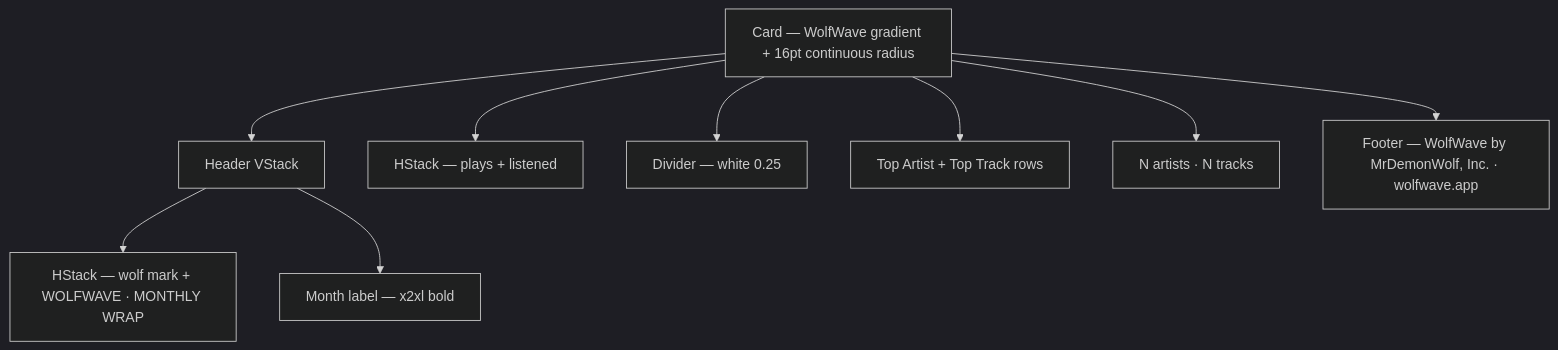
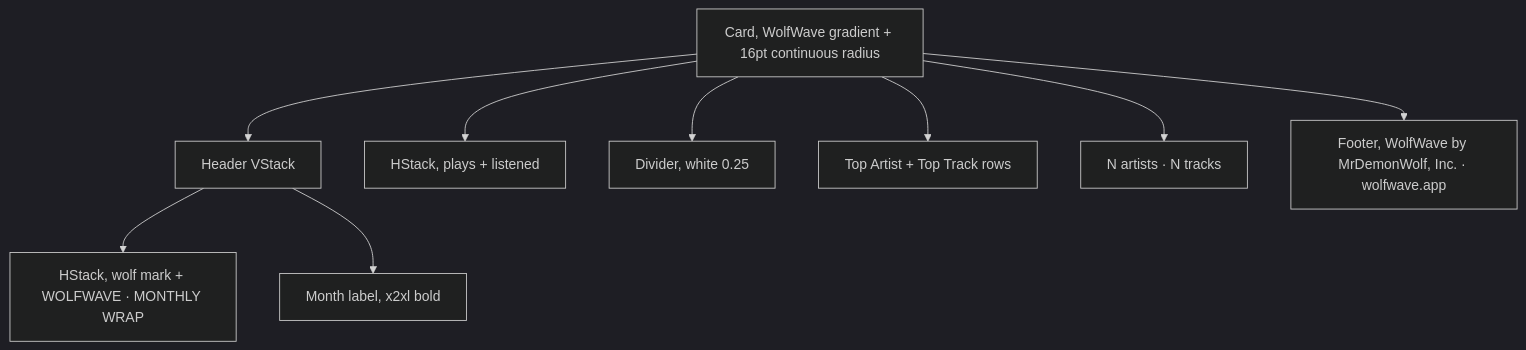
One commit to MrDemonWolf/WolfWave changed the diagram in design-system/components/monthly-wrap-card.md. Above: the diagram before and after it, drawn with Mermaid (dark theme). The commit also changed other lines of this file and 152 other files, not shown here.

````diff
--- a/design-system/components/monthly-wrap-card.md
+++ b/design-system/components/monthly-wrap-card.md
@@ -29,11 +29,11 @@
 ```mermaid
 graph TD
-  Card[Card — WolfWave gradient + 16pt continuous radius] --> Header
-  Header[Header VStack] --> Lockup[HStack — wolf mark + WOLFWAVE · MONTHLY WRAP]
-  Header --> Month[Month label — x2xl bold]
-  Card --> Stats[HStack — plays + listened]
-  Card --> Rule[Divider — white 0.25]
+  Card[Card, WolfWave gradient + 16pt continuous radius] --> Header
+  Header[Header VStack] --> Lockup[HStack, wolf mark + WOLFWAVE · MONTHLY WRAP]
+  Header --> Month[Month label, x2xl bold]
+  Card --> Stats[HStack, plays + listened]
+  Card --> Rule[Divider, white 0.25]
   Card --> Rows[Top Artist + Top Track rows]
   Card --> Diversity[N artists · N tracks]
-  Card --> Footer[Footer — WolfWave by MrDemonWolf, Inc. · wolfwave.app]
+  Card --> Footer[Footer, WolfWave by MrDemonWolf, Inc. · wolfwave.app]
 ```
````
